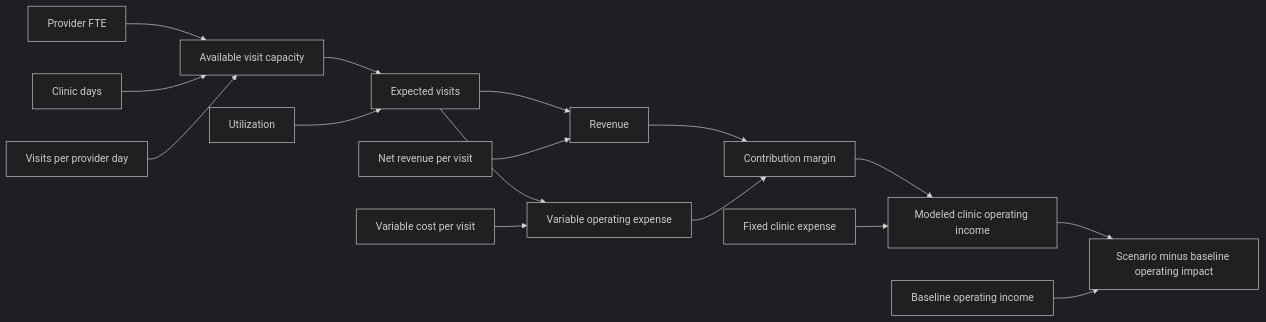
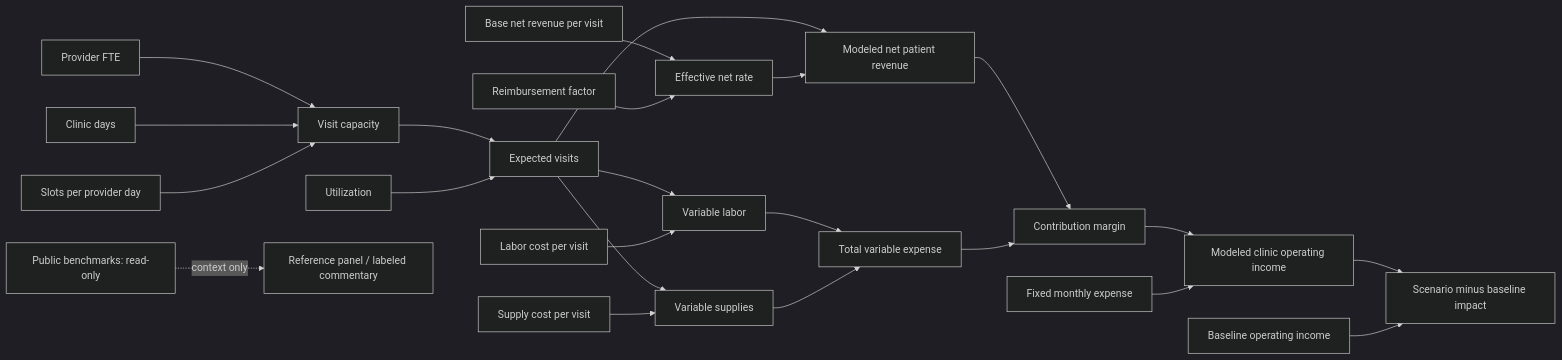
Before and after one commit to MarilynYou888888/Healthcare-AI: the diagram in .scratch/provider-fpa-rebuild/spec-proposed.md, drawn with Mermaid (dark theme). The commit also changed other lines of this file, not shown here.

Commit message:
Specify hybrid HCA public benchmarks and synthetic clinic modeling

````diff
--- a/.scratch/provider-fpa-rebuild/spec-proposed.md
+++ b/.scratch/provider-fpa-rebuild/spec-proposed.md
@@ -74,18 +78,25 @@
 ```mermaid
 flowchart LR
-    F[Provider FTE] --> C[Available visit capacity]
+    F[Provider FTE] --> C[Visit capacity]
     D[Clinic days] --> C
-    P[Visits per provider day] --> C
+    P[Slots per provider day] --> C
     C --> V[Expected visits]
     U[Utilization] --> V
-    V --> R[Revenue]
-    N[Net revenue per visit] --> R
-    V --> E[Variable operating expense]
-    K[Variable cost per visit] --> E
+    N[Base net revenue per visit] --> Q[Effective net rate]
+    Y[Reimbursement factor] --> Q
+    V --> R[Modeled net patient revenue]
+    Q --> R
+    V --> L[Variable labor]
+    LC[Labor cost per visit] --> L
+    V --> S[Variable supplies]
+    SC[Supply cost per visit] --> S
+    L --> E[Total variable expense]
+    S --> E
     R --> M[Contribution margin]
     E --> M
     M --> O[Modeled clinic operating income]
-    X[Fixed clinic expense] --> O
-    O --> I[Scenario minus baseline operating impact]
+    X[Fixed monthly expense] --> O
+    O --> I[Scenario minus baseline impact]
     B[Baseline operating income] --> I
+    H[Public benchmarks: read-only] -. context only .-> UI[Reference panel / labeled commentary]
 ```
````
